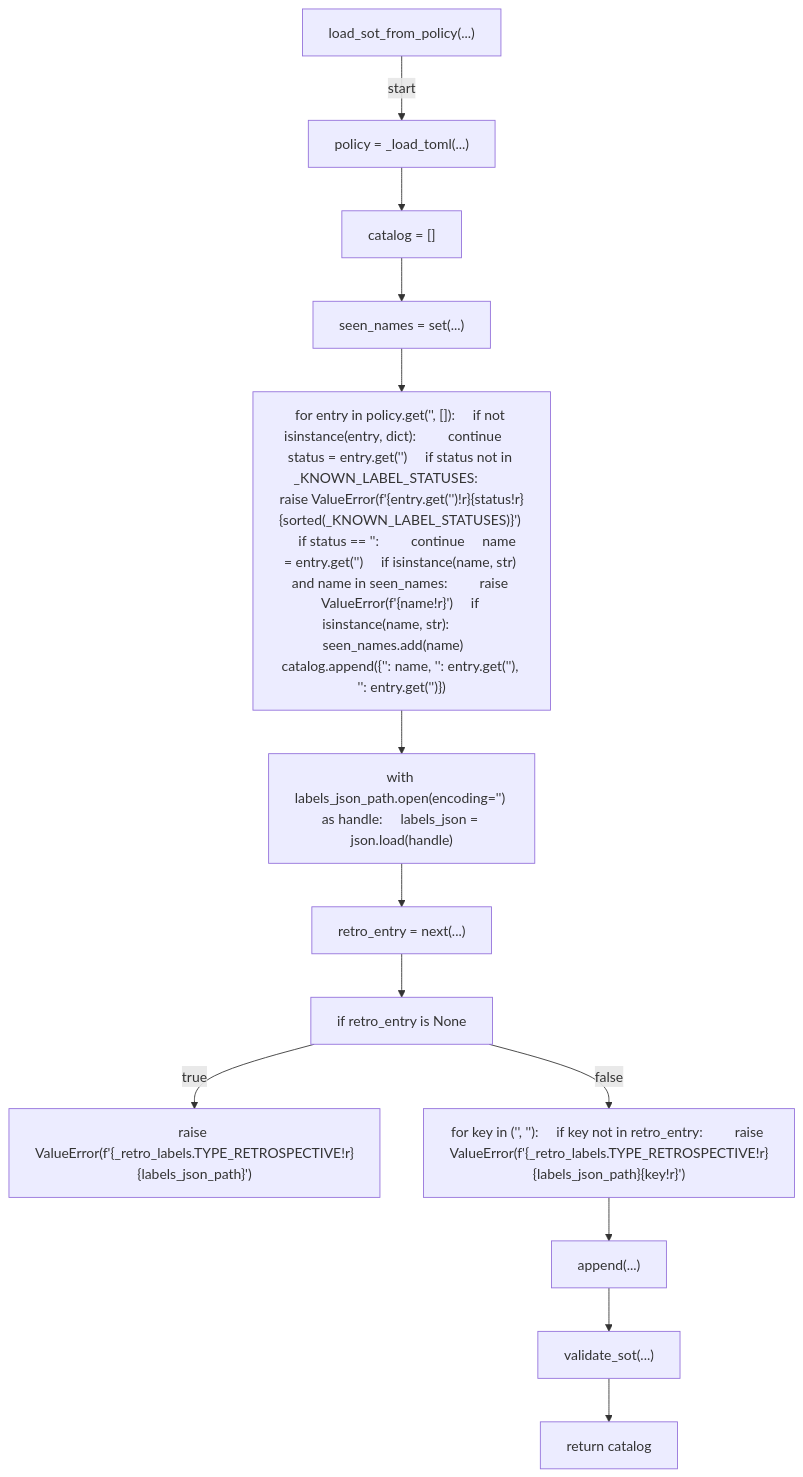
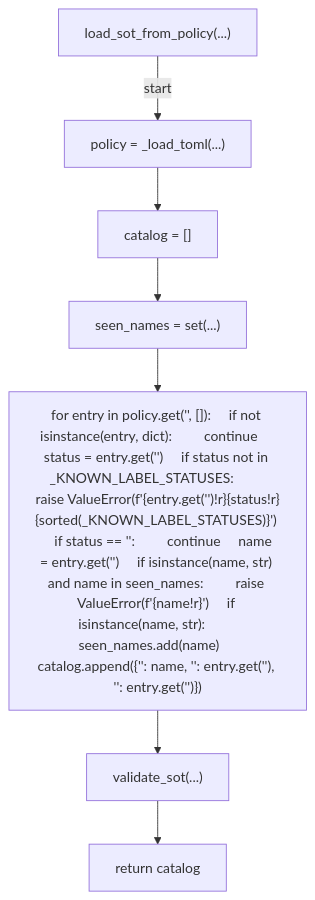
Before and after one commit to tvna/claude-md: the ninth of 20 diagrams in docs/generated/scripts/ast/labels_apply.md, drawn with Mermaid. The commit also changed other lines of this file and 3 other files, not shown here.

First line of the commit message:
docs(generated): regenerate decision tree and workflow diagrams (#2494)

````diff
--- a/docs/generated/scripts/ast/labels_apply.md
+++ b/docs/generated/scripts/ast/labels_apply.md
@@ -151,28 +151,16 @@
 ```mermaid
 flowchart TD
     N001["load_sot_from_policy(...)"]
     N002["policy = _load_toml(...)"]
     N003["catalog = []"]
     N004["seen_names = set(...)"]
     N005["for entry in policy.get('<str>', []):     if not isinstance(entry, dict):         continue     status = entry.get('<str>')     if status not in _KNOWN_LABEL_STATUSES:         raise ValueError(f'<str>{entry.get('<str>')!r}<str>{status!r}<str>{sorted(_KNOWN_LABEL_STATUSES)}<str>')     if status == '<str>':         continue     name = entry.get('<str>')     if isinstance(name, str) and name in seen_names:         raise ValueError(f'<str>{name!r}<str>')     if isinstance(name, str):         seen_names.add(name)     catalog.append({'<str>': name, '<str>': entry.get('<str>'), '<str>': entry.get('<str>')})"]
-    N006["with labels_json_path.open(encoding='<str>') as handle:     labels_json = json.load(handle)"]
-    N007["retro_entry = next(...)"]
-    N008["if retro_entry is None"]
-    N009["raise ValueError(f'{_retro_labels.TYPE_RETROSPECTIVE!r}<str>{labels_json_path}<str>')"]
-    N010["for key in ('<str>', '<str>'):     if key not in retro_entry:         raise ValueError(f'{_retro_labels.TYPE_RETROSPECTIVE!r}<str>{labels_json_path}<str>{key!r}<str>')"]
-    N011["append(...)"]
-    N012["validate_sot(...)"]
-    N013["return catalog"]
+    N006["validate_sot(...)"]
+    N007["return catalog"]
     N001 -->|"start"| N002
     N002 --> N003
     N003 --> N004
     N004 --> N005
     N005 --> N006
     N006 --> N007
-    N007 --> N008
-    N008 -->|"true"| N009
-    N008 -->|"false"| N010
-    N010 --> N011
-    N011 --> N012
-    N012 --> N013
 ```
````
